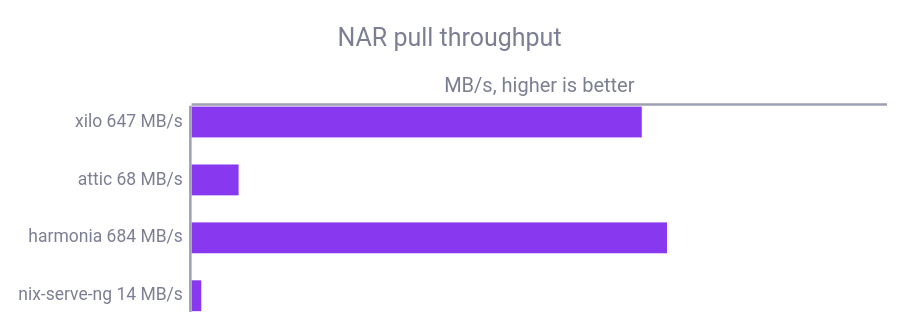
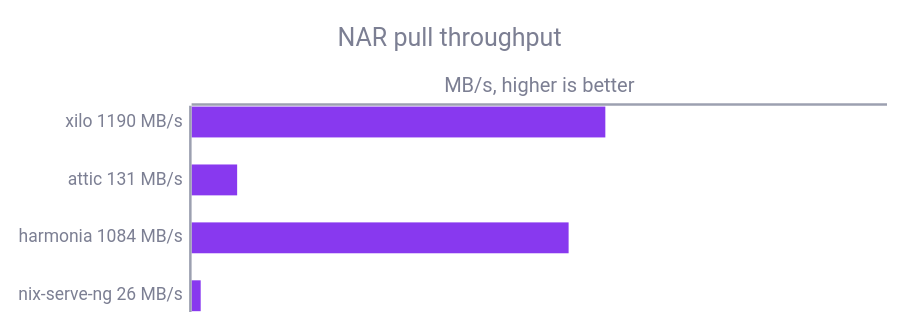
One commit to stubbedev/xilo changed the second of 8 diagrams in README.md. Above: the diagram before and after it, drawn with Mermaid. The commit also changed other lines of this file and 2 other files, not shown here.

````diff
--- a/README.md
+++ b/README.md
@@ -117,8 +117,8 @@
 ```mermaid
 %%{init: {"theme": "base", "themeVariables": {"xyChart": {"backgroundColor": "transparent", "titleColor": "#7c7f93", "xAxisLabelColor": "#7c7f93", "xAxisTitleColor": "#7c7f93", "xAxisLineColor": "#9ca0b0", "yAxisTitleColor": "#7c7f93", "yAxisLineColor": "#9ca0b0", "plotColorPalette": "#8839ef"}}, "xyChart": {"height": 240, "yAxis": {"showLabel": false, "showTick": false}, "xAxis": {"showTick": false}}}}%%
 xychart-beta horizontal
     title "NAR pull throughput"
-    x-axis ["xilo  647 MB/s", "attic  68 MB/s", "harmonia  684 MB/s", "nix-serve-ng  14 MB/s"]
-    y-axis "MB/s, higher is better" 0 --> 1000
-    bar [647.342, 67.566, 683.671, 13.891]
+    x-axis ["xilo  1190 MB/s", "attic  131 MB/s", "harmonia  1084 MB/s", "nix-serve-ng  26 MB/s"]
+    y-axis "MB/s, higher is better" 0 --> 2000
+    bar [1189.902, 130.966, 1084.3, 26.126]
 ```
````
